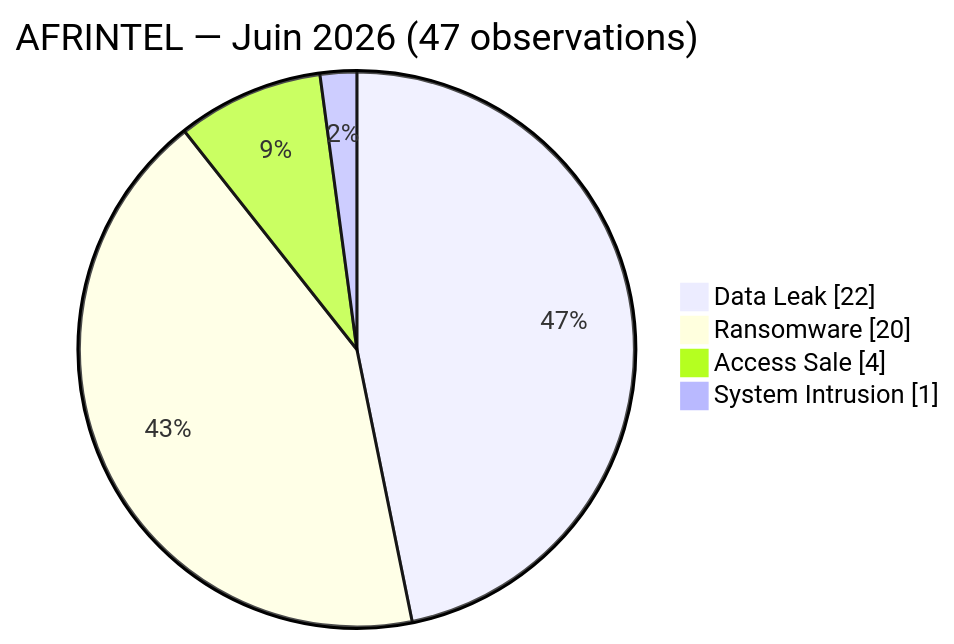
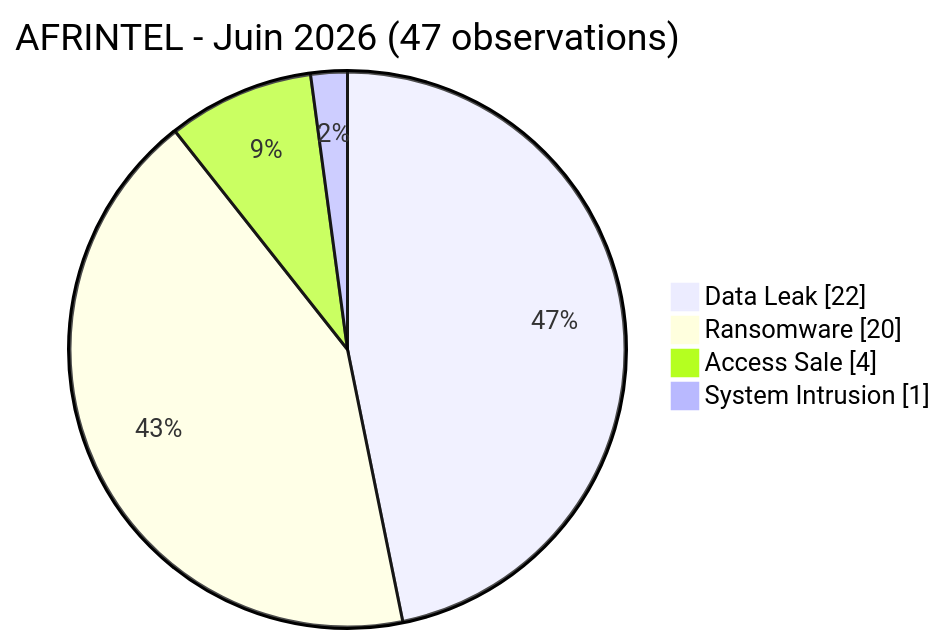
One commit to Hatchepsoute/AFRINTEL changed the diagram in CyberAttackAfrica/2026/06-june/README_FR.md. Above: the diagram before and after it, drawn with Mermaid. The commit also changed other lines of this file and 1034 other files, not shown here.

````diff
--- a/CyberAttackAfrica/2026/06-june/README_FR.md
+++ b/CyberAttackAfrica/2026/06-june/README_FR.md
@@ -88,8 +88,8 @@
 ```mermaid
 pie showData
-    title AFRINTEL — Juin 2026 (47 observations)
+    title AFRINTEL -  Juin 2026 (47 observations)
     "Data Leak" : 22
     "Ransomware" : 20
     "Access Sale" : 4
     "System Intrusion" : 1
 ```
````
